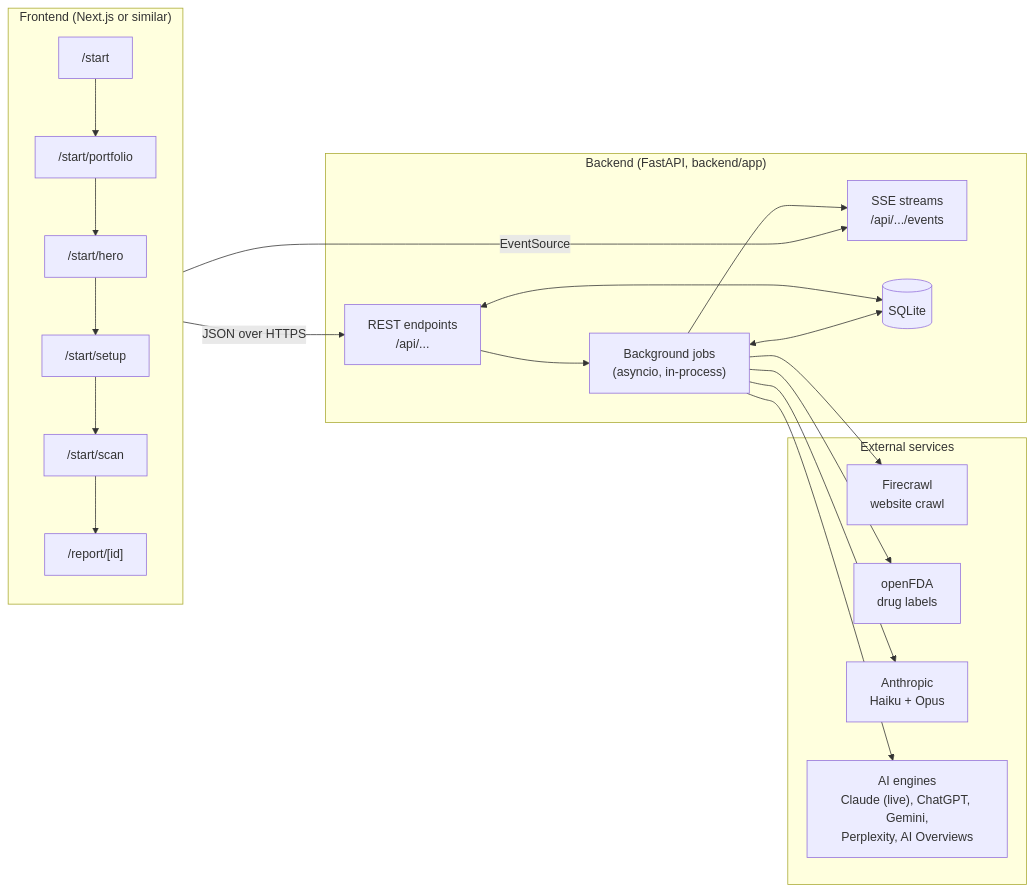
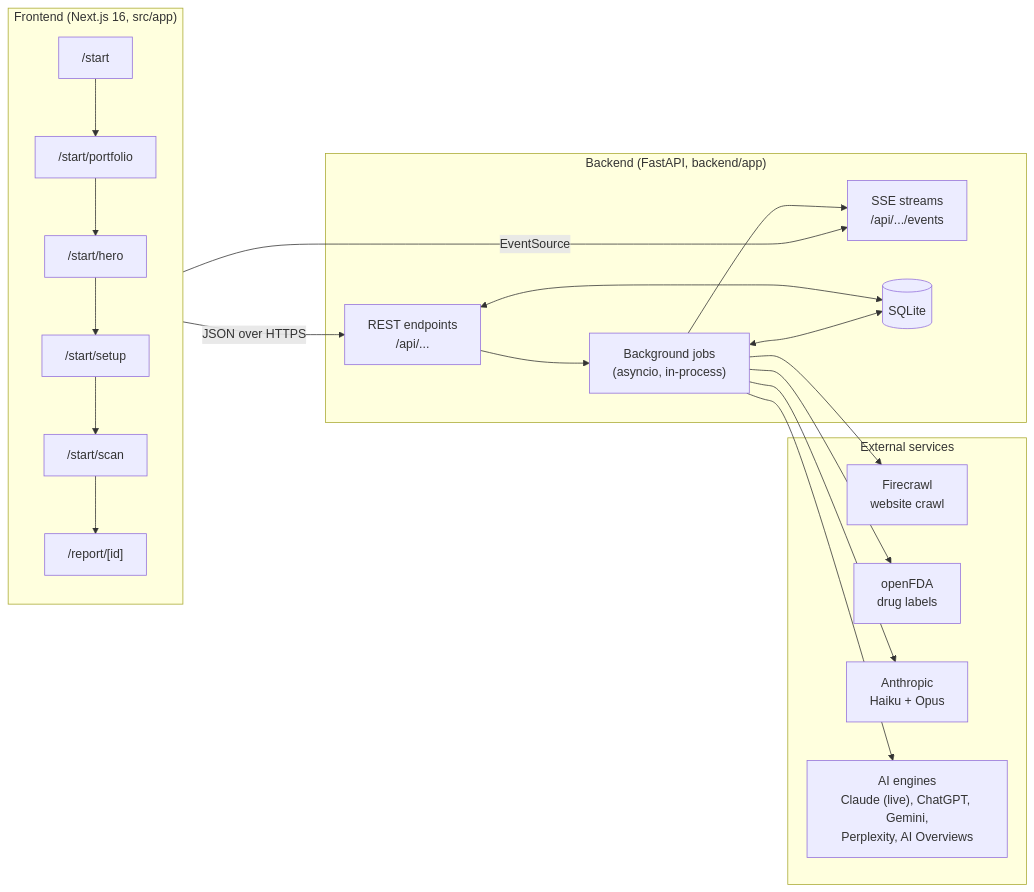
Before and after one commit to Yan-Sidoryk/Aeon: the first of 3 diagrams in docs/architecture.md, drawn with Mermaid. The commit also changed other lines of this file and 1 other file, not shown here.

First line of the commit message:
docs: document the product app, backend commands and new endpoint

````diff
--- a/docs/architecture.md
+++ b/docs/architecture.md
@@ -9,28 +9,28 @@
 ```mermaid
 flowchart LR
-  subgraph Browser["Frontend (Next.js or similar)"]
+  subgraph Browser["Frontend (Next.js 16, src/app)"]
     S1["/start"] --> S2["/start/portfolio"] --> S3["/start/hero"] --> S4["/start/setup"] --> S5["/start/scan"] --> S6["/report/[id]"]
   end
 
   subgraph API["Backend (FastAPI, backend/app)"]
     R["REST endpoints<br/>/api/..."]
     E["SSE streams<br/>/api/.../events"]
     J["Background jobs<br/>(asyncio, in-process)"]
     DB[("SQLite")]
   end
 
   subgraph Ext["External services"]
     FC["Firecrawl<br/>website crawl"]
     FDA["openFDA<br/>drug labels"]
     AN["Anthropic<br/>Haiku + Opus"]
     ENG["AI engines<br/>Claude (live), ChatGPT, Gemini,<br/>Perplexity, AI Overviews"]
   end
 
   Browser -- "JSON over HTTPS" --> R
   Browser -- "EventSource" --> E
   R --> J
   J --> E
   R <--> DB
   J <--> DB
   J --> FC & FDA & AN & ENG
 ```
````
